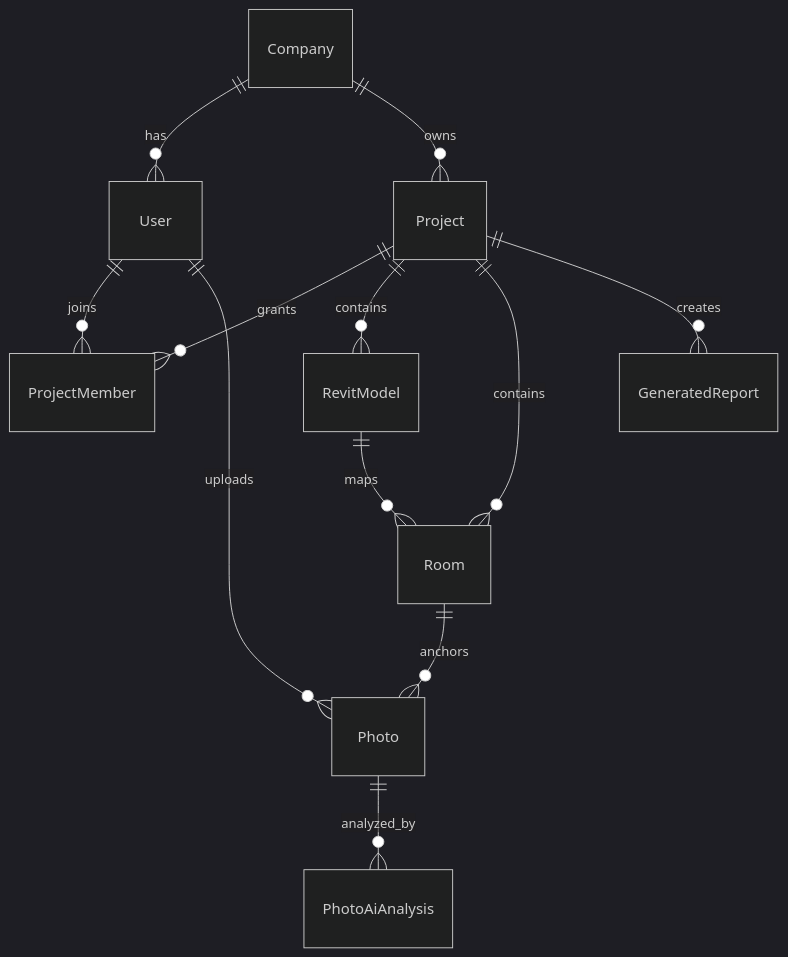
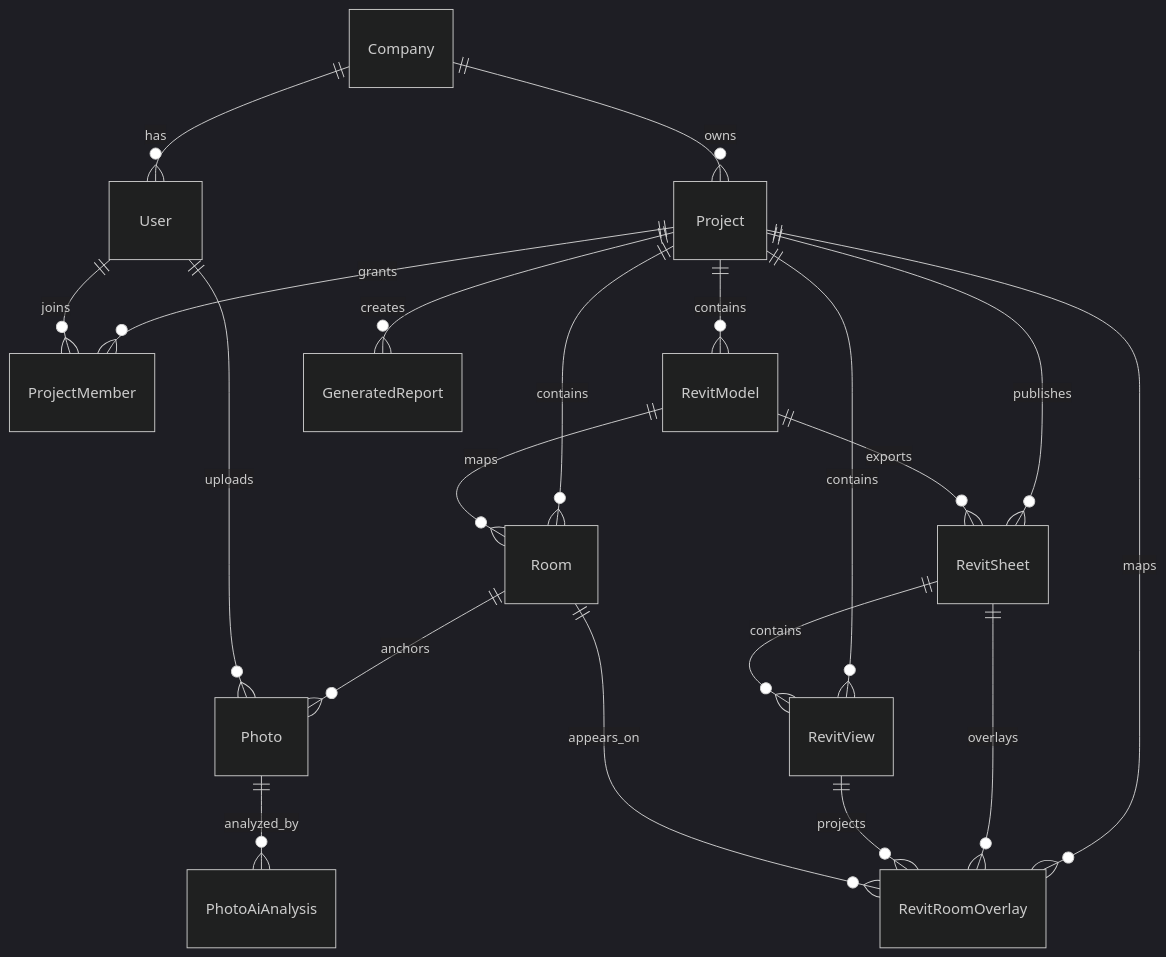
One commit to KHSOL/BIMPhotoSync changed the second of 5 diagrams in README.md. Above: the diagram before and after it, drawn with Mermaid (dark theme). The commit also changed other lines of this file and 14 other files, not shown here.

First line of the commit message:
Add Revit sheet overlay sync

````diff
--- a/README.md
+++ b/README.md
@@ -60,14 +62,22 @@
 ```mermaid
 erDiagram
   Company ||--o{ User : has
   Company ||--o{ Project : owns
   Project ||--o{ ProjectMember : grants
   User ||--o{ ProjectMember : joins
   Project ||--o{ RevitModel : contains
+  Project ||--o{ RevitSheet : publishes
+  Project ||--o{ RevitView : contains
+  Project ||--o{ RevitRoomOverlay : maps
   Project ||--o{ Room : contains
   RevitModel ||--o{ Room : maps
+  RevitModel ||--o{ RevitSheet : exports
+  RevitSheet ||--o{ RevitView : contains
+  RevitSheet ||--o{ RevitRoomOverlay : overlays
+  RevitView ||--o{ RevitRoomOverlay : projects
+  Room ||--o{ RevitRoomOverlay : appears_on
   Room ||--o{ Photo : anchors
   Photo ||--o{ PhotoAiAnalysis : analyzed_by
   Project ||--o{ GeneratedReport : creates
   User ||--o{ Photo : uploads
 ```
````
